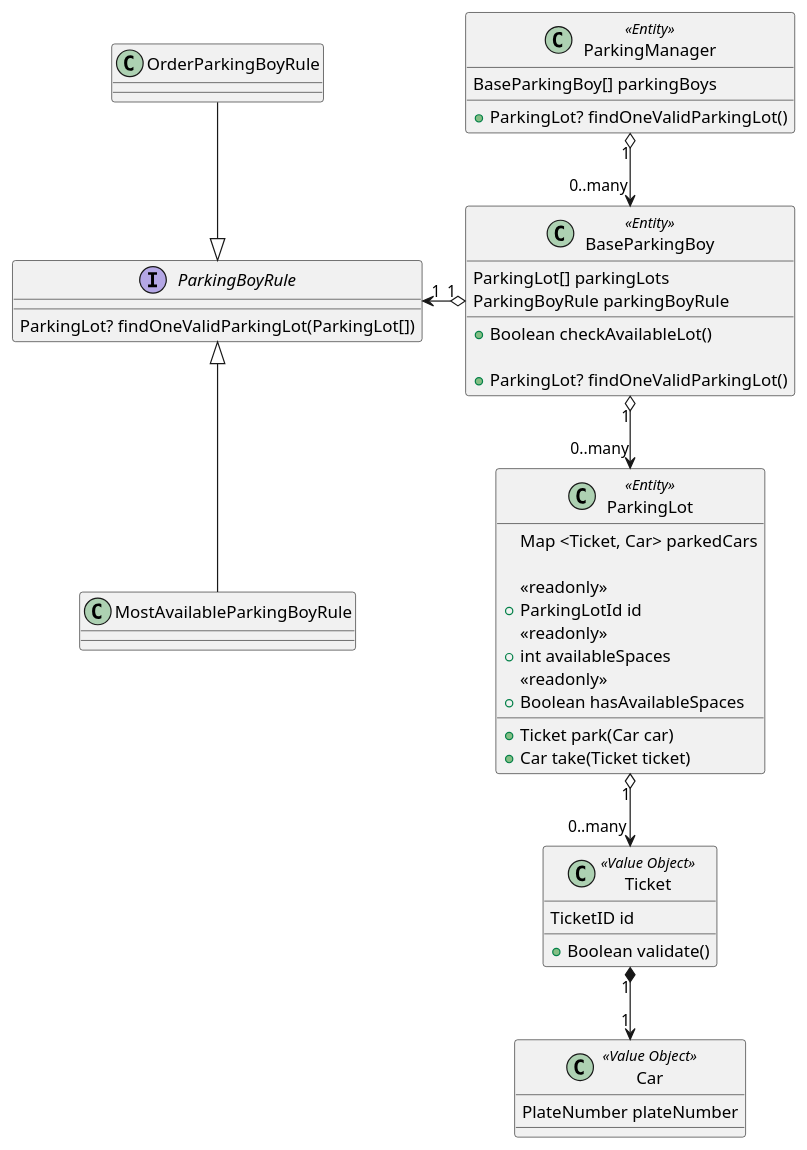
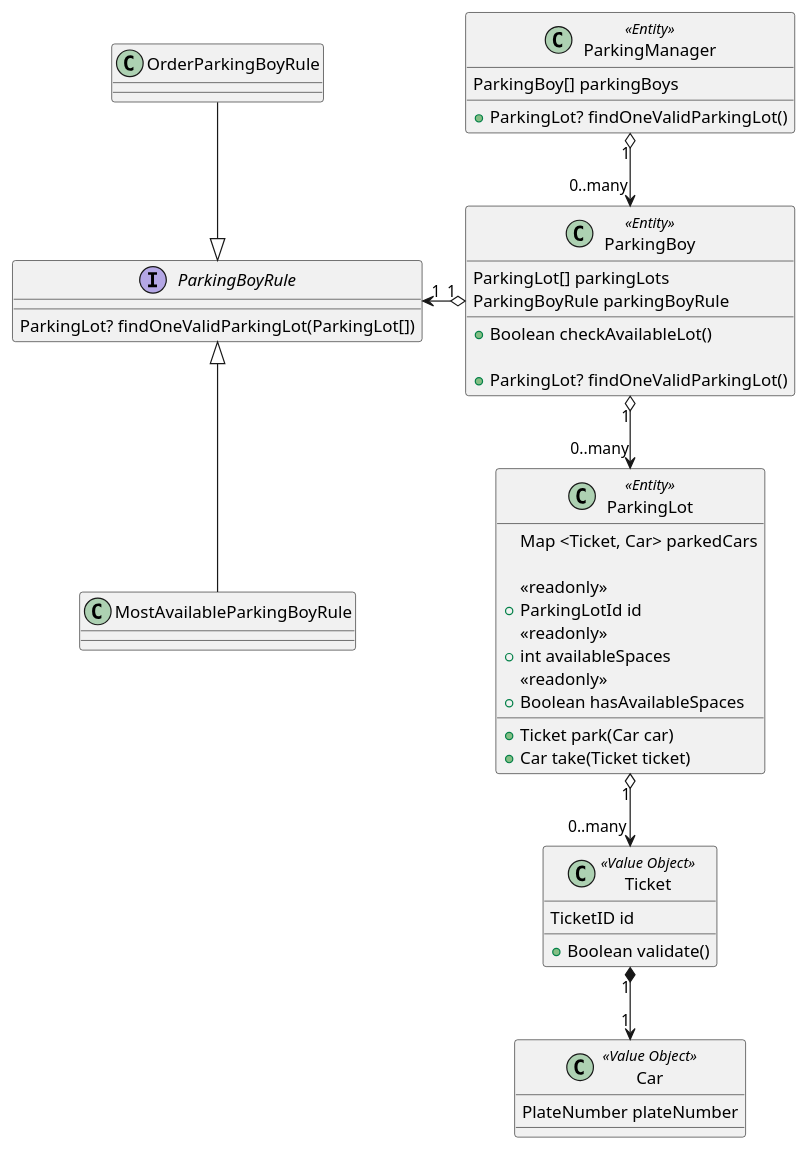
One commit to scglwsj/ddd-learning changed the diagram in Parking.puml. Above: the diagram before and after it, drawn with PlantUML.

Commit message:
rename in uml

```diff
--- a/Parking.puml
+++ b/Parking.puml
@@ -1,55 +1,55 @@
 @startuml parking
 
 interface ParkingBoyRule {
   ParkingLot? findOneValidParkingLot(ParkingLot[])
 }
 
 class OrderParkingBoyRule
 class MostAvailableParkingBoyRule
 
-class BaseParkingBoy << Entity >> {
+class ParkingBoy << Entity >> {
   ParkingLot[] parkingLots
   ParkingBoyRule parkingBoyRule
 
   + Boolean checkAvailableLot()
 
   + ParkingLot? findOneValidParkingLot()
 }
 
 class ParkingLot << Entity >> {
   Map <Ticket, Car> parkedCars
 
   <<readonly>>
   + ParkingLotId id
   <<readonly>>
   + int availableSpaces
   <<readonly>>
   + Boolean hasAvailableSpaces
 
   + Ticket park(Car car)
   + Car take(Ticket ticket)
 }
 
 class Car << Value Object >> {
     PlateNumber plateNumber
 }
 
 class Ticket << Value Object >> {
   TicketID id
   + Boolean validate()
 }
 
 class ParkingManager << Entity >> {
-  BaseParkingBoy[] parkingBoys
+  ParkingBoy[] parkingBoys
   + ParkingLot? findOneValidParkingLot()
 }
 
 Ticket "1" *--> "1" Car
 ParkingLot "1" o--> "0..many" Ticket
-BaseParkingBoy "1" o--> "0..many" ParkingLot
+ParkingBoy "1" o--> "0..many" ParkingLot
 OrderParkingBoyRule --|> ParkingBoyRule
 MostAvailableParkingBoyRule -up-|> ParkingBoyRule
-BaseParkingBoy "1" o-left-> "1" ParkingBoyRule
-ParkingManager "1" o--> "0..many" BaseParkingBoy
+ParkingBoy "1" o-left-> "1" ParkingBoyRule
+ParkingManager "1" o--> "0..many" ParkingBoy
 
 @enduml
```
